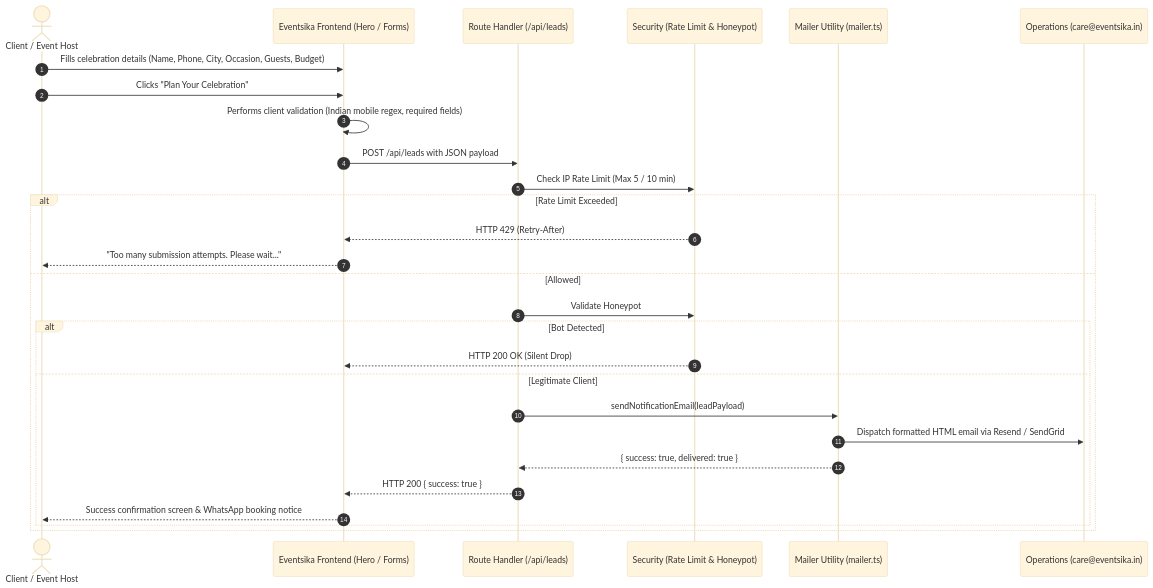
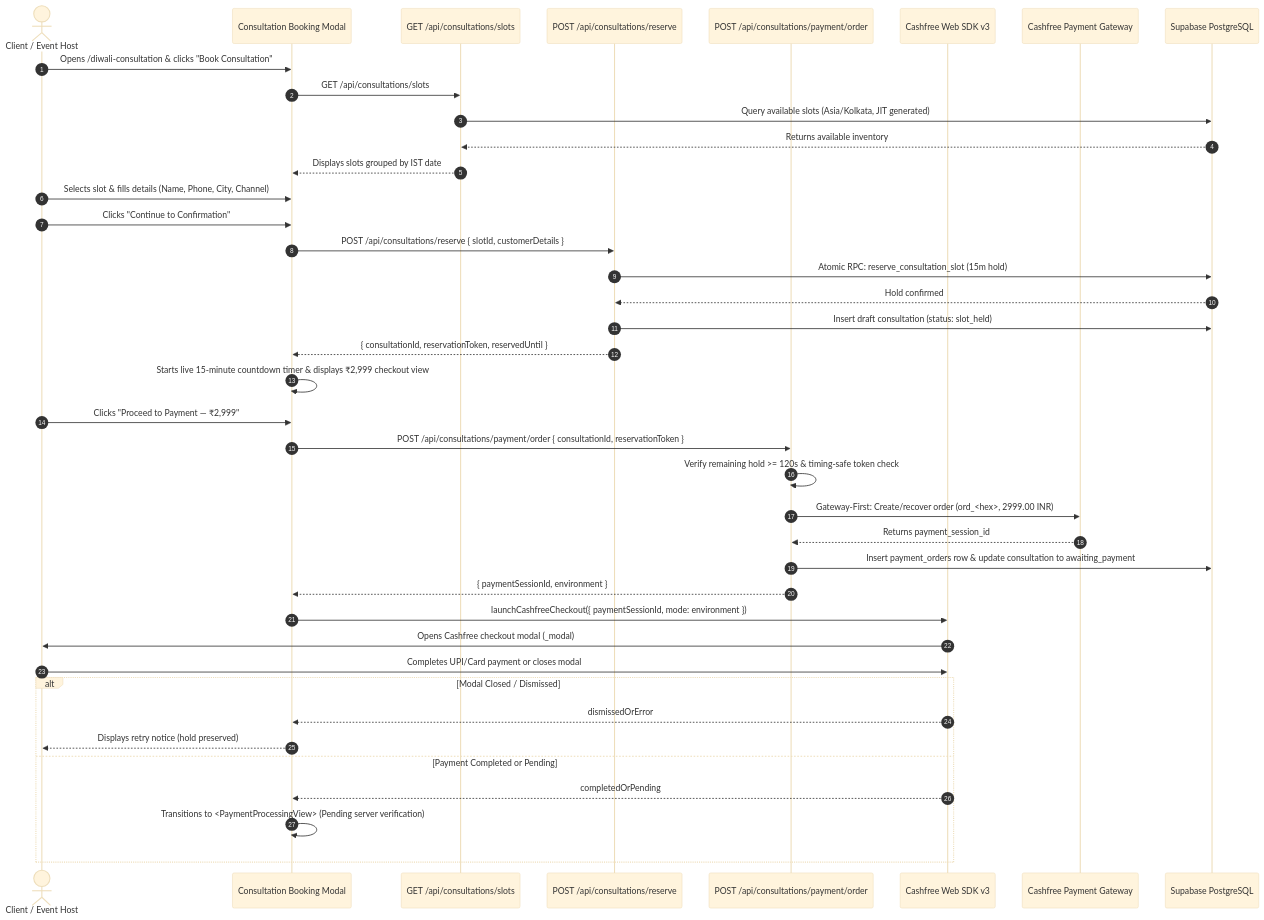
The second of 2 diagrams in .agents/project-brain/Brain.md (AdityaJha20/eventsika-landing), drawn with Mermaid (base theme) before and after one commit. The commit also changed other lines of this file, not shown here.

Commit message:
docs: sync project brain through payment checkout

````diff
--- a/.agents/project-brain/Brain.md
+++ b/.agents/project-brain/Brain.md
@@ -764,31 +960,43 @@
 ```mermaid
 sequenceDiagram
     autonumber
-    actor User as Client / Event Host
-    participant UI as Eventsika Frontend (Hero / Forms)
-    participant API as Route Handler (/api/leads)
-    participant Sec as Security (Rate Limit & Honeypot)
-    participant Mail as Mailer Utility (mailer.ts)
-    participant Inbox as Operations (care@eventsika.in)
+    actor Customer as Client / Event Host
+    participant UI as Consultation Booking Modal
+    participant SlotsAPI as GET /api/consultations/slots
+    participant ReserveAPI as POST /api/consultations/reserve
+    participant OrderAPI as POST /api/consultations/payment/order
+    participant CashfreeSDK as Cashfree Web SDK v3
+    participant PG as Cashfree Payment Gateway
+    participant DB as Supabase PostgreSQL
 
-    User->>UI: Fills celebration details (Name, Phone, City, Occasion, Guests, Budget)
-    User->>UI: Clicks "Plan Your Celebration"
-    UI->>UI: Performs client validation (Indian mobile regex, required fields)
-    UI->>API: POST /api/leads with JSON payload
-    API->>Sec: Check IP Rate Limit (Max 5 / 10 min)
-    alt Rate Limit Exceeded
-        Sec-->>UI: HTTP 429 (Retry-After)
-        UI-->>User: "Too many submission attempts. Please wait..."
-    else Allowed
-        API->>Sec: Validate Honeypot
-        alt Bot Detected
-            Sec-->>UI: HTTP 200 OK (Silent Drop)
-        else Legitimate Client
-            API->>Mail: sendNotificationEmail(leadPayload)
-            Mail->>Inbox: Dispatch formatted HTML email via Resend / SendGrid
-            Mail-->>API: { success: true, delivered: true }
-            API-->>UI: HTTP 200 { success: true }
-            UI-->>User: Success confirmation screen & WhatsApp booking notice
-        end
+    Customer->>UI: Opens /diwali-consultation & clicks "Book Consultation"
+    UI->>SlotsAPI: GET /api/consultations/slots
+    SlotsAPI->>DB: Query available slots (Asia/Kolkata, JIT generated)
+    DB-->>SlotsAPI: Returns available inventory
+    SlotsAPI-->>UI: Displays slots grouped by IST date
+    Customer->>UI: Selects slot & fills details (Name, Phone, City, Channel)
+    Customer->>UI: Clicks "Continue to Confirmation"
+    UI->>ReserveAPI: POST /api/consultations/reserve { slotId, customerDetails }
+    ReserveAPI->>DB: Atomic RPC: reserve_consultation_slot (15m hold)
+    DB-->>ReserveAPI: Hold confirmed
+    ReserveAPI->>DB: Insert draft consultation (status: slot_held)
+    ReserveAPI-->>UI: { consultationId, reservationToken, reservedUntil }
+    UI->>UI: Starts live 15-minute countdown timer & displays ₹2,999 checkout view
+    Customer->>UI: Clicks "Proceed to Payment — ₹2,999"
+    UI->>OrderAPI: POST /api/consultations/payment/order { consultationId, reservationToken }
+    OrderAPI->>OrderAPI: Verify remaining hold >= 120s & timing-safe token check
+    OrderAPI->>PG: Gateway-First: Create/recover order (ord_<hex>, 2999.00 INR)
+    PG-->>OrderAPI: Returns payment_session_id
+    OrderAPI->>DB: Insert payment_orders row & update consultation to awaiting_payment
+    OrderAPI-->>UI: { paymentSessionId, environment }
+    UI->>CashfreeSDK: launchCashfreeCheckout({ paymentSessionId, mode: environment })
+    CashfreeSDK->>Customer: Opens Cashfree checkout modal (_modal)
+    Customer->>CashfreeSDK: Completes UPI/Card payment or closes modal
+    alt Modal Closed / Dismissed
+        CashfreeSDK-->>UI: dismissedOrError
+        UI-->>Customer: Displays retry notice (hold preserved)
+    else Payment Completed or Pending
+        CashfreeSDK-->>UI: completedOrPending
+        UI->>UI: Transitions to <PaymentProcessingView> (Pending server verification)
     end
 ```
````
